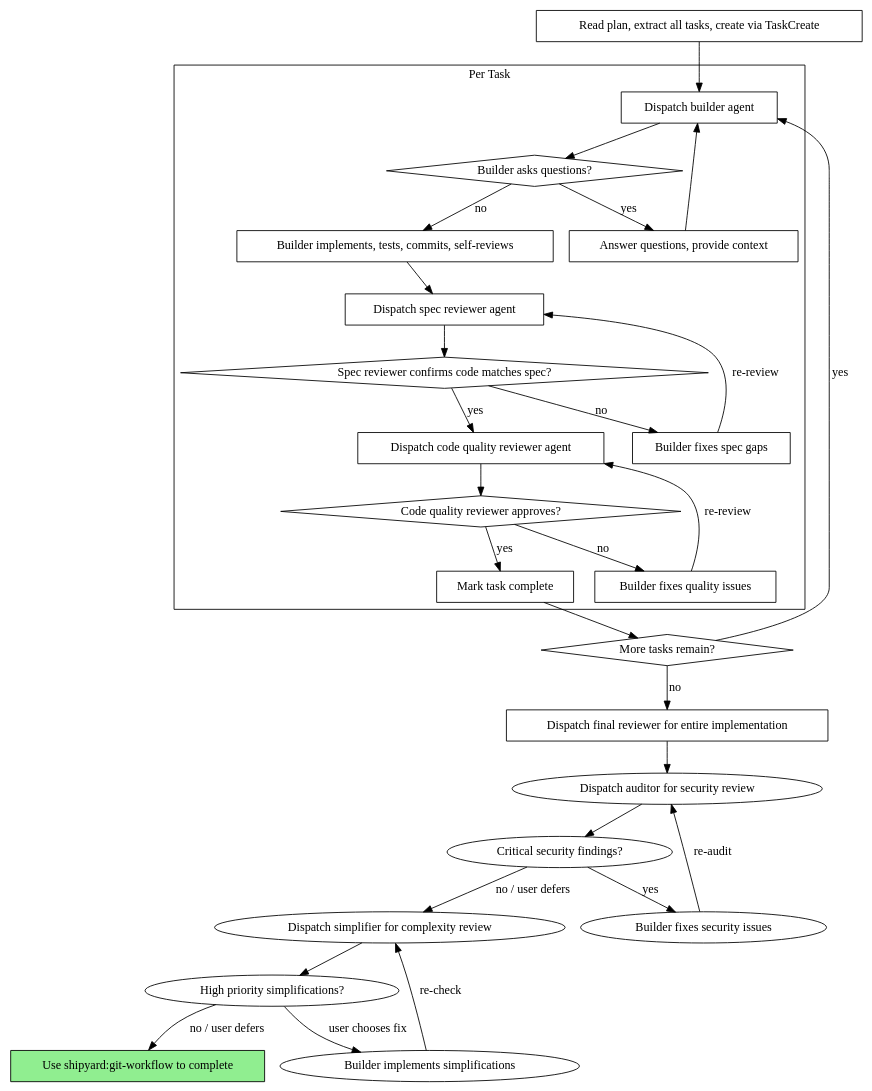
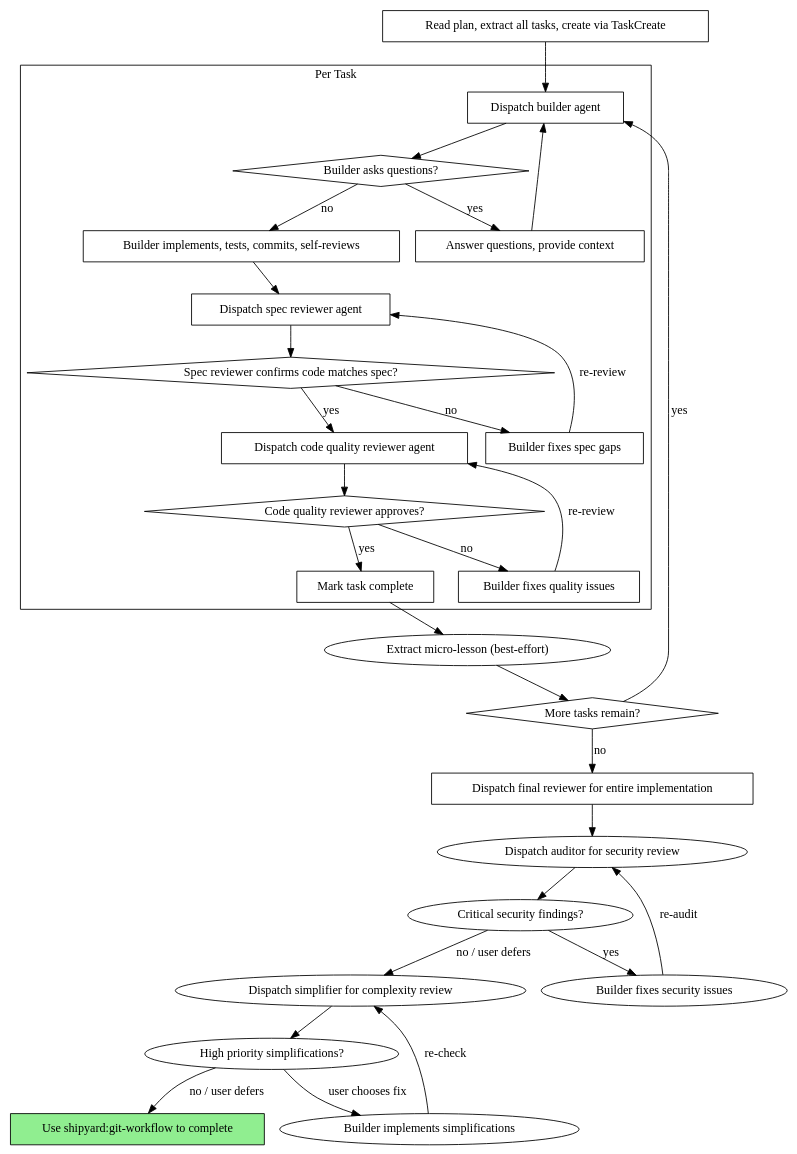
Before and after one commit to lgbarn/shipyard: the second of 2 diagrams in skills/shipyard-executing-plans/SKILL.md, drawn with Graphviz. The commit also changed other lines of this file and 1 other file, not shown here.

````diff
--- a/skills/shipyard-executing-plans/SKILL.md
+++ b/skills/shipyard-executing-plans/SKILL.md
@@ -66,52 +66,53 @@
 ```dot
 digraph process {
     rankdir=TB;
 
     subgraph cluster_per_task {
         label="Per Task";
         "Dispatch builder agent" [shape=box];
         "Builder asks questions?" [shape=diamond];
         "Answer questions, provide context" [shape=box];
         "Builder implements, tests, commits, self-reviews" [shape=box];
         "Dispatch spec reviewer agent" [shape=box];
         "Spec reviewer confirms code matches spec?" [shape=diamond];
         "Builder fixes spec gaps" [shape=box];
         "Dispatch code quality reviewer agent" [shape=box];
         "Code quality reviewer approves?" [shape=diamond];
         "Builder fixes quality issues" [shape=box];
         "Mark task complete" [shape=box];
     }
 
     "Read plan, extract all tasks, create via TaskCreate" [shape=box];
     "More tasks remain?" [shape=diamond];
     "Dispatch final reviewer for entire implementation" [shape=box];
     "Use shipyard:git-workflow to complete" [shape=box style=filled fillcolor=lightgreen];
 
     "Read plan, extract all tasks, create via TaskCreate" -> "Dispatch builder agent";
     "Dispatch builder agent" -> "Builder asks questions?";
     "Builder asks questions?" -> "Answer questions, provide context" [label="yes"];
     "Answer questions, provide context" -> "Dispatch builder agent";
     "Builder asks questions?" -> "Builder implements, tests, commits, self-reviews" [label="no"];
     "Builder implements, tests, commits, self-reviews" -> "Dispatch spec reviewer agent";
     "Dispatch spec reviewer agent" -> "Spec reviewer confirms code matches spec?";
     "Spec reviewer confirms code matches spec?" -> "Builder fixes spec gaps" [label="no"];
     "Builder fixes spec gaps" -> "Dispatch spec reviewer agent" [label="re-review"];
     "Spec reviewer confirms code matches spec?" -> "Dispatch code quality reviewer agent" [label="yes"];
     "Dispatch code quality reviewer agent" -> "Code quality reviewer approves?";
     "Code quality reviewer approves?" -> "Builder fixes quality issues" [label="no"];
     "Builder fixes quality issues" -> "Dispatch code quality reviewer agent" [label="re-review"];
     "Code quality reviewer approves?" -> "Mark task complete" [label="yes"];
-    "Mark task complete" -> "More tasks remain?";
+    "Mark task complete" -> "Extract micro-lesson (best-effort)";
+    "Extract micro-lesson (best-effort)" -> "More tasks remain?";
     "More tasks remain?" -> "Dispatch builder agent" [label="yes"];
     "More tasks remain?" -> "Dispatch final reviewer for entire implementation" [label="no"];
     "Dispatch final reviewer for entire implementation" -> "Dispatch auditor for security review";
     "Dispatch auditor for security review" -> "Critical security findings?" [shape=diamond];
     "Critical security findings?" -> "Builder fixes security issues" [label="yes"];
     "Builder fixes security issues" -> "Dispatch auditor for security review" [label="re-audit"];
     "Critical security findings?" -> "Dispatch simplifier for complexity review" [label="no / user defers"];
     "Dispatch simplifier for complexity review" -> "High priority simplifications?" [shape=diamond];
     "High priority simplifications?" -> "Builder implements simplifications" [label="user chooses fix"];
     "Builder implements simplifications" -> "Dispatch simplifier for complexity review" [label="re-check"];
     "High priority simplifications?" -> "Use shipyard:git-workflow to complete" [label="no / user defers"];
 }
 ```
````
